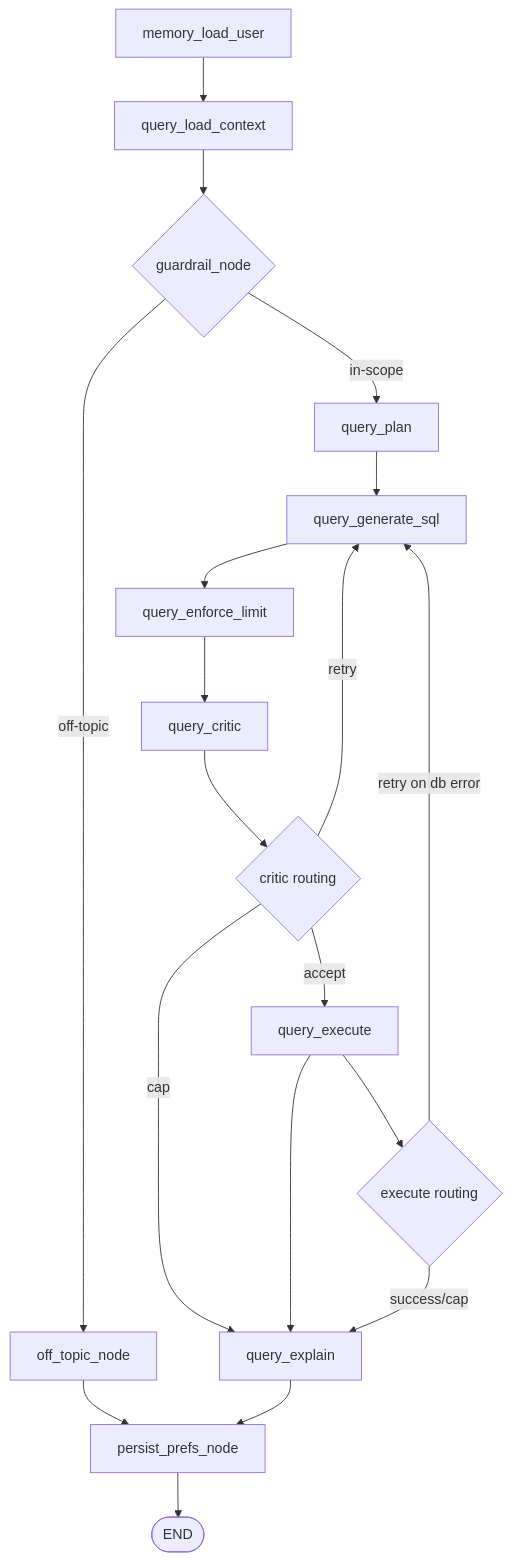
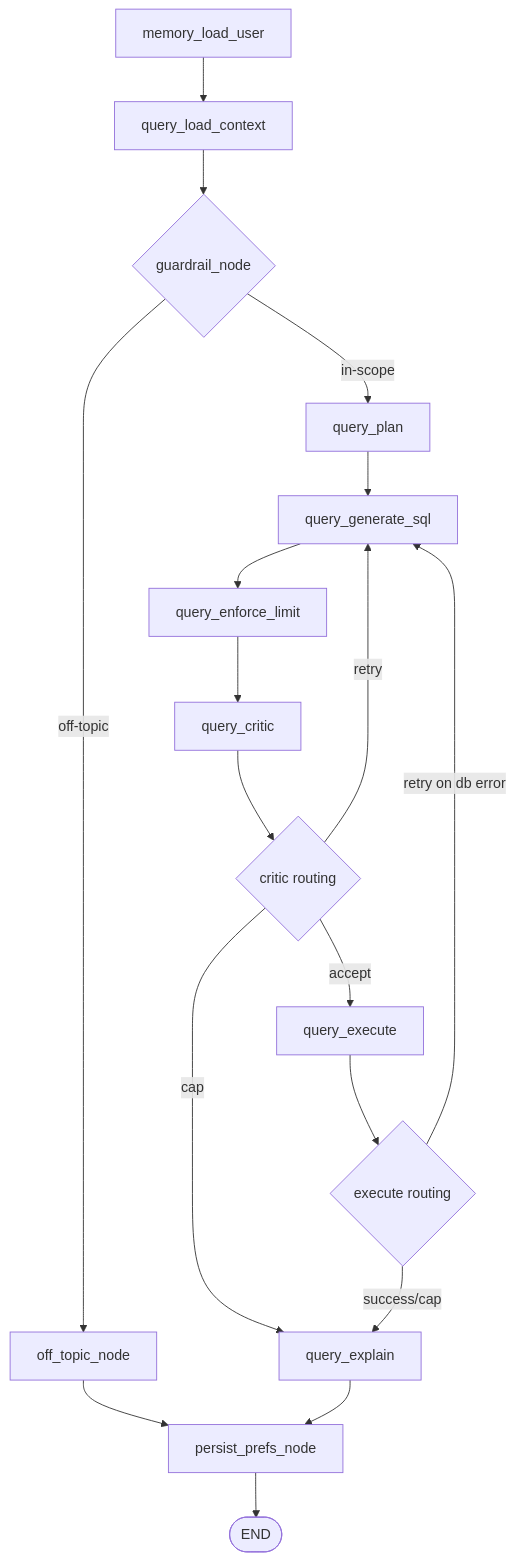
One commit to lgonzalezrouco/db_multiagent_system changed the first of 2 diagrams in README.md. Above: the diagram before and after it, drawn with Mermaid.

Commit message:
fix: remove redundant node connection in query execution flow
- Removed the direct connection from `query_execute` to `query_explain` in the flowchart, streamlining the query execution process.
- Updated the README to reflect this change in the query handling flow, ensuring clarity in the documentation.

````diff
--- a/README.md
+++ b/README.md
@@ -76,25 +76,24 @@
 ```mermaid
 flowchart TD
     ML[memory_load_user]
     QLC[query_load_context]
     GR{guardrail_node}
     OffTopic[off_topic_node]
     PP[persist_prefs_node]
     ML --> QLC --> GR
     GR -->|off-topic| OffTopic --> PP
     GR -->|in-scope| QP[query_plan]
     QGS[query_generate_sql]
     QEL[query_enforce_limit]
     QC[query_critic]
     QP --> QGS --> QEL --> QC
     QC --> D3{critic routing}
     D3 -->|accept| QX[query_execute]
     D3 -->|retry| QGS
     D3 -->|cap| QE[query_explain]
-    QX --> QE[query_explain]
     QX --> D4{execute routing}
     D4 -->|retry on db error| QGS
     D4 -->|success/cap| QE
     QE --> PP
     PP --> graphEnd([END])
 ```
````
